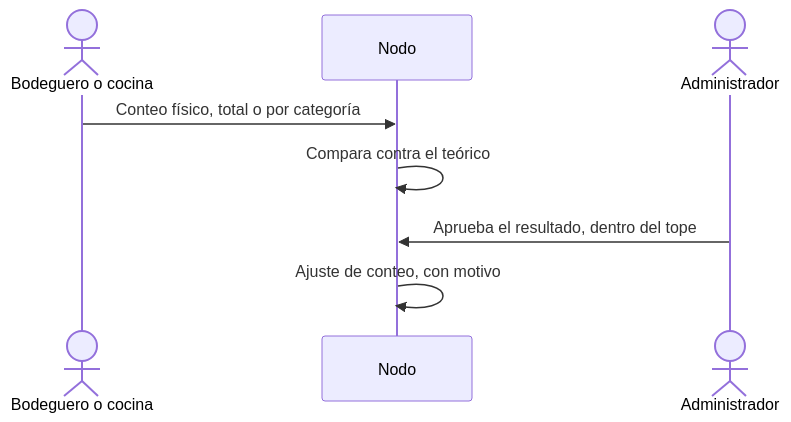
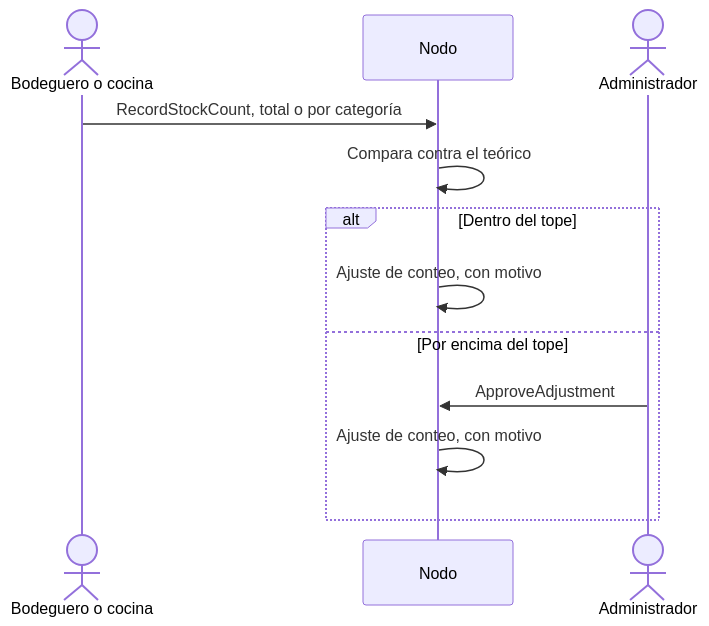
The fifth of 7 diagrams in docs/flujos/m4-inventario.md (CesarJOtizM/blackHole), drawn with Mermaid before and after one commit. The commit also changed other lines of this file and 159 other files, not shown here.

````diff
--- a/docs/flujos/m4-inventario.md
+++ b/docs/flujos/m4-inventario.md
@@ -89,11 +92,15 @@
 ```mermaid
 sequenceDiagram
   actor Bodeguero as Bodeguero o cocina
   participant Nodo
   actor Admin as Administrador
 
-  Bodeguero->>Nodo: Conteo físico, total o por categoría
+  Bodeguero->>Nodo: RecordStockCount, total o por categoría
   Nodo->>Nodo: Compara contra el teórico
-  Admin->>Nodo: Aprueba el resultado, dentro del tope
-  Nodo->>Nodo: Ajuste de conteo, con motivo
+  alt Dentro del tope
+    Nodo->>Nodo: Ajuste de conteo, con motivo
+  else Por encima del tope
+    Admin->>Nodo: ApproveAdjustment
+    Nodo->>Nodo: Ajuste de conteo, con motivo
+  end
 ```
````
